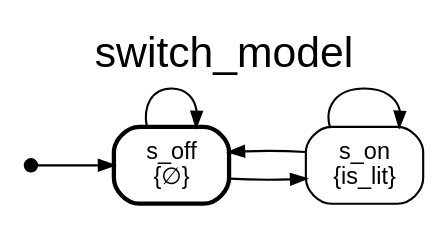
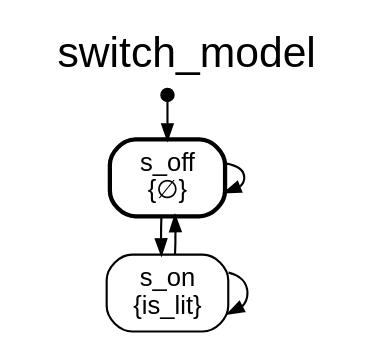
The diagram in report/diagrams/switch_model.dot (eylulebrar/blg345e-project), drawn with Graphviz before and after one commit. The commit also changed 68 other files, not shown here.

Commit message:
Merged report, extra tests, NuSMV comparison and diagram scripts

```diff
--- a/report/diagrams/switch_model.dot
+++ b/report/diagrams/switch_model.dot
@@ -1,14 +1,14 @@
 digraph G {
-  rankdir=LR;
+  rankdir=TB; nodesep=0.12; ranksep=0.25;
   label="switch_model"; labelloc=t; fontsize=20; fontname="Helvetica";
-  node [shape=box, style=rounded, fontname="Helvetica", fontsize=11];
+  node [shape=box, style=rounded, fontname="Helvetica", fontsize=12];
   edge [arrowsize=0.7];
   __start0 [shape=point, width=0.08];
   __start0 -> "s_off";
   "s_off" [label="s_off\n{∅}", penwidth=2];
   "s_on" [label="s_on\n{is_lit}"];
   "s_off" -> "s_on";
   "s_off" -> "s_off";
   "s_on" -> "s_off";
   "s_on" -> "s_on";
 }
```
